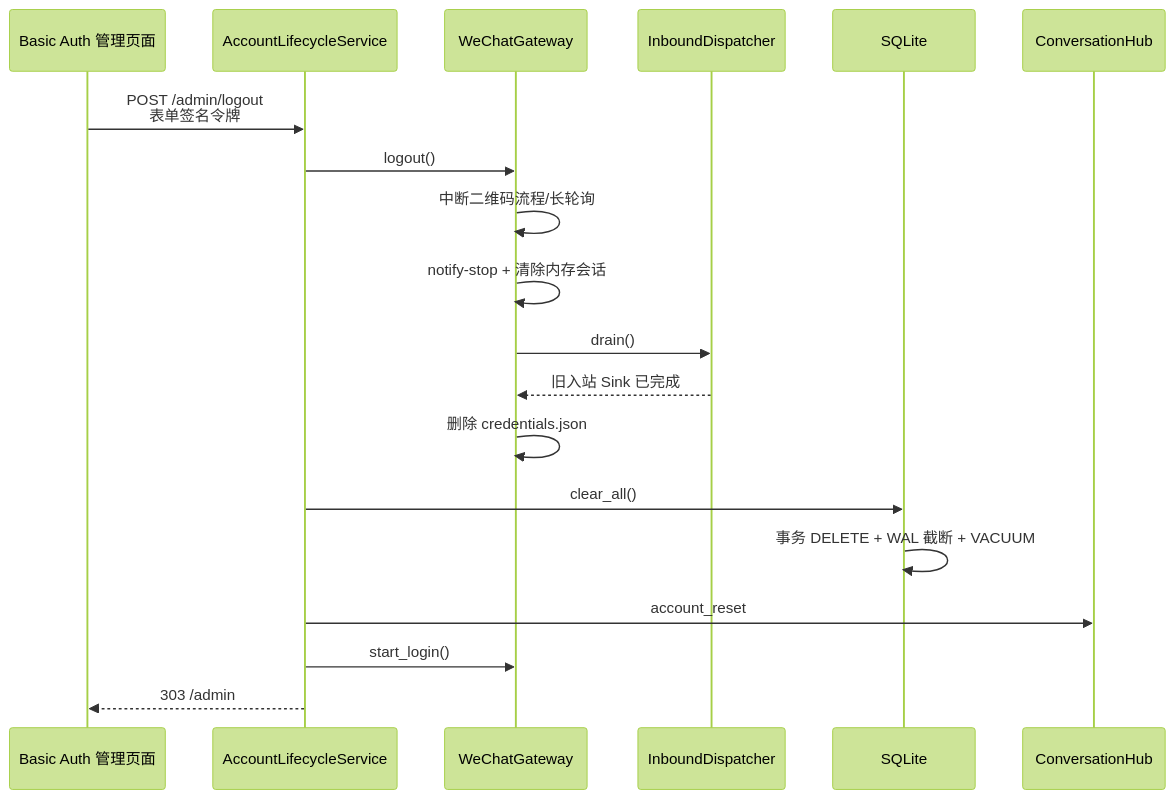
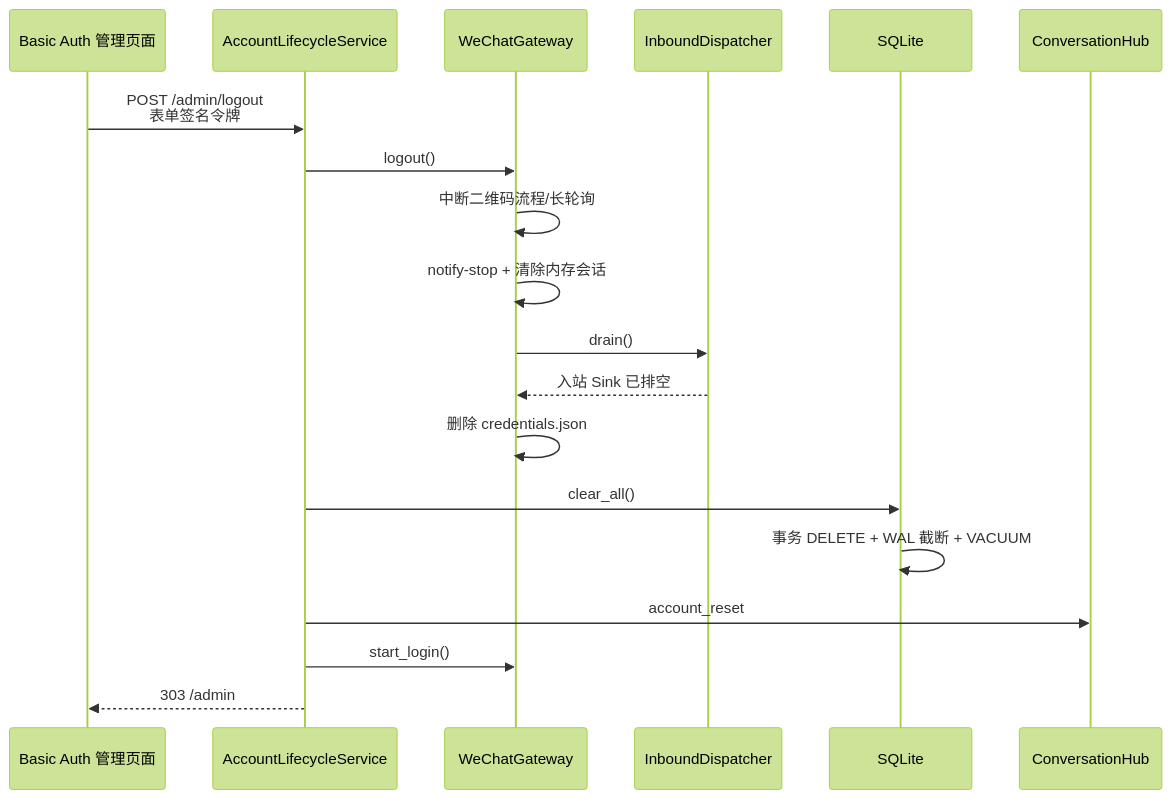
The third of 5 diagrams in docs/architecture.md (MyOldTime/wechat-bot-bridge), drawn with Mermaid (forest theme) before and after one commit. The commit also changed other lines of this file and 39 other files, not shown here.

````diff
--- a/docs/architecture.md
+++ b/docs/architecture.md
@@ -115,22 +115,22 @@
 ```mermaid
 sequenceDiagram
     participant B as Basic Auth 管理页面
     participant A as AccountLifecycleService
     participant G as WeChatGateway
     participant Q as InboundDispatcher
     participant D as SQLite
     participant H as ConversationHub
 
     B->>A: POST /admin/logout<br/>表单签名令牌
     A->>G: logout()
     G->>G: 中断二维码流程/长轮询
     G->>G: notify-stop + 清除内存会话
     G->>Q: drain()
-    Q-->>G: 旧入站 Sink 已完成
+    Q-->>G: 入站 Sink 已排空
     G->>G: 删除 credentials.json
     A->>D: clear_all()
     D->>D: 事务 DELETE + WAL 截断 + VACUUM
     A->>H: account_reset
     A->>G: start_login()
     A-->>B: 303 /admin
 ```
````
